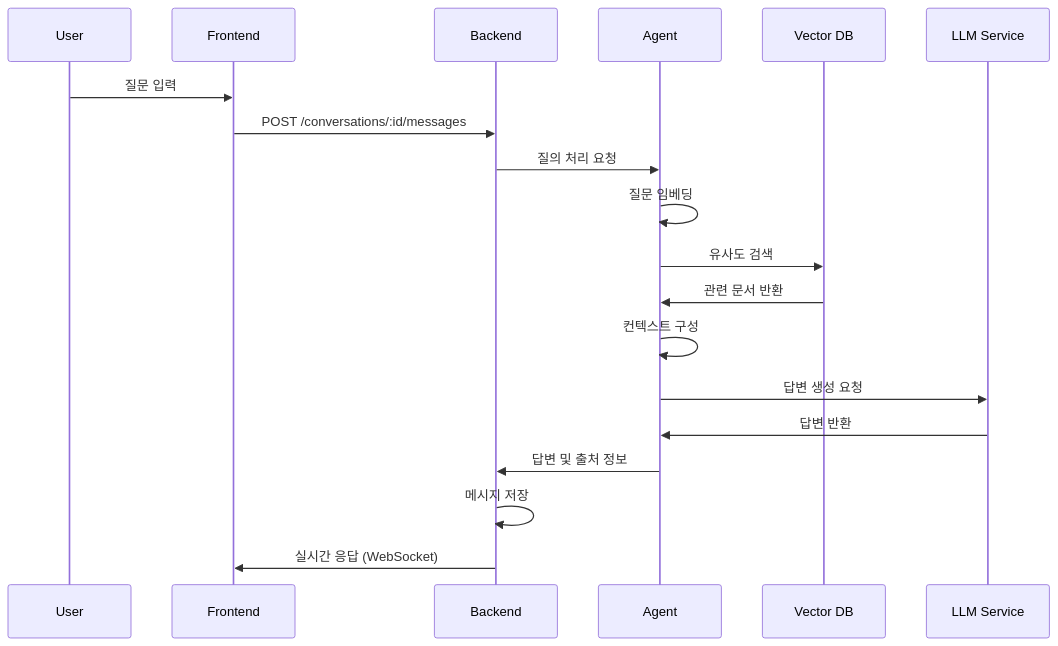
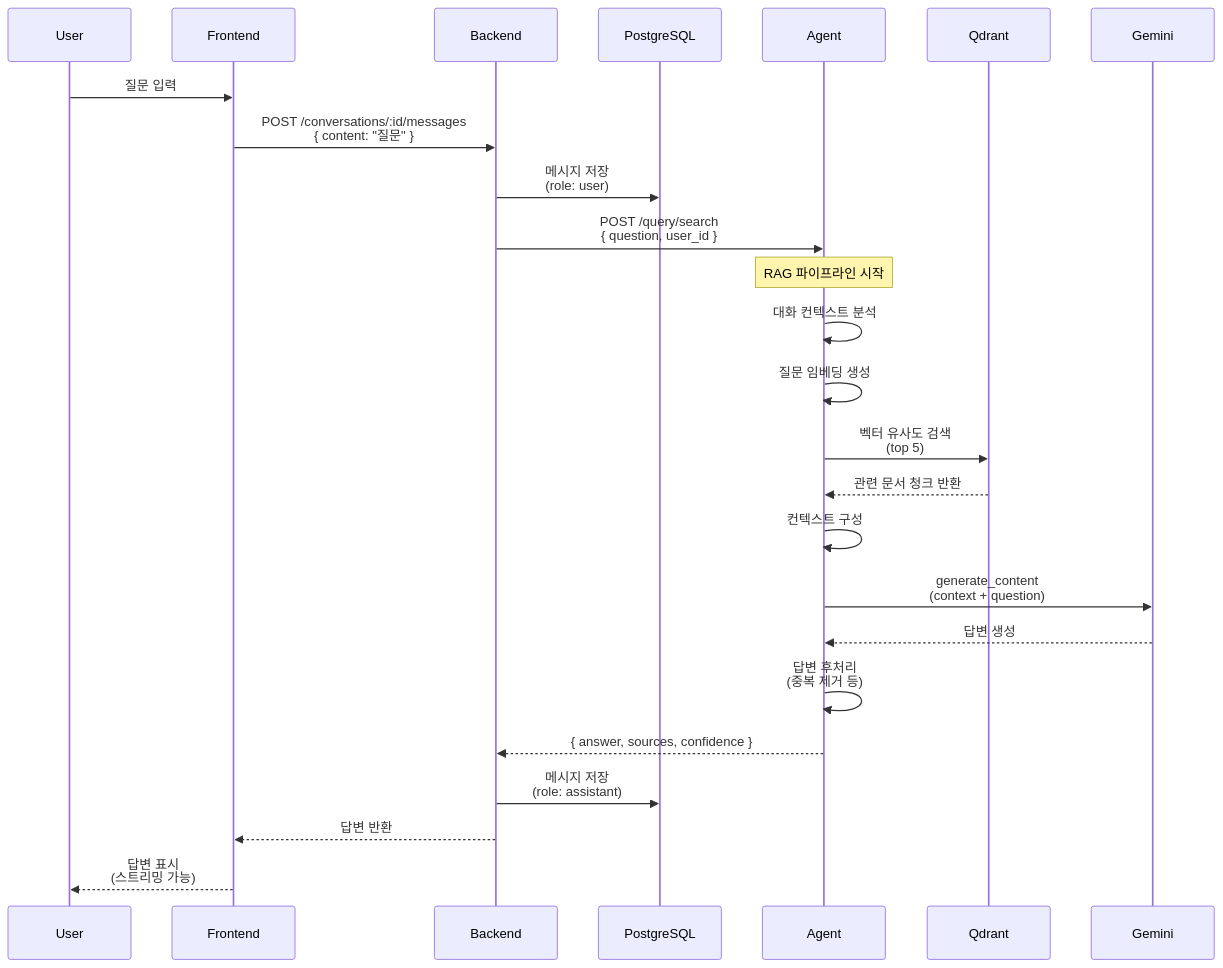
The sixth of 11 diagrams in docs/02-System-Architecture.md (JlnHyeok/RAG-SYSTEM), drawn with Mermaid before and after one commit. The commit also changed other lines of this file and 219 other files, not shown here.

````diff
--- a/docs/02-System-Architecture.md
+++ b/docs/02-System-Architecture.md
@@ -335,22 +1048,38 @@
 ```mermaid
 sequenceDiagram
-    participant U as User
+    participant User
     participant FE as Frontend
     participant BE as Backend
-    participant A as Agent
-    participant VDB as Vector DB
-    participant LLM as LLM Service
+    participant PG as PostgreSQL
+    participant Agent as Agent
+    participant VDB as Qdrant
+    participant LLM as Gemini
 
-    U->>FE: 질문 입력
-    FE->>BE: POST /conversations/:id/messages
-    BE->>A: 질의 처리 요청
-    A->>A: 질문 임베딩
-    A->>VDB: 유사도 검색
-    VDB->>A: 관련 문서 반환
-    A->>A: 컨텍스트 구성
-    A->>LLM: 답변 생성 요청
-    LLM->>A: 답변 반환
-    A->>BE: 답변 및 출처 정보
-    BE->>BE: 메시지 저장
-    BE->>FE: 실시간 응답 (WebSocket)
+    User->>FE: 질문 입력
+    FE->>BE: POST /conversations/:id/messages<br/>{ content: "질문" }
+    
+    BE->>PG: 메시지 저장<br/>(role: user)
+    
+    BE->>Agent: POST /query/search<br/>{ question, user_id }
+    
+    Note over Agent: RAG 파이프라인 시작
+    
+    Agent->>Agent: 대화 컨텍스트 분석
+    Agent->>Agent: 질문 임베딩 생성
+    
+    Agent->>VDB: 벡터 유사도 검색<br/>(top 5)
+    VDB-->>Agent: 관련 문서 청크 반환
+    
+    Agent->>Agent: 컨텍스트 구성
+    
+    Agent->>LLM: generate_content<br/>(context + question)
+    LLM-->>Agent: 답변 생성
+    
+    Agent->>Agent: 답변 후처리<br/>(중복 제거 등)
+    Agent-->>BE: { answer, sources, confidence }
+    
+    BE->>PG: 메시지 저장<br/>(role: assistant)
+    BE-->>FE: 답변 반환
+    
+    FE-->>User: 답변 표시<br/>(스트리밍 가능)
 ```
````
